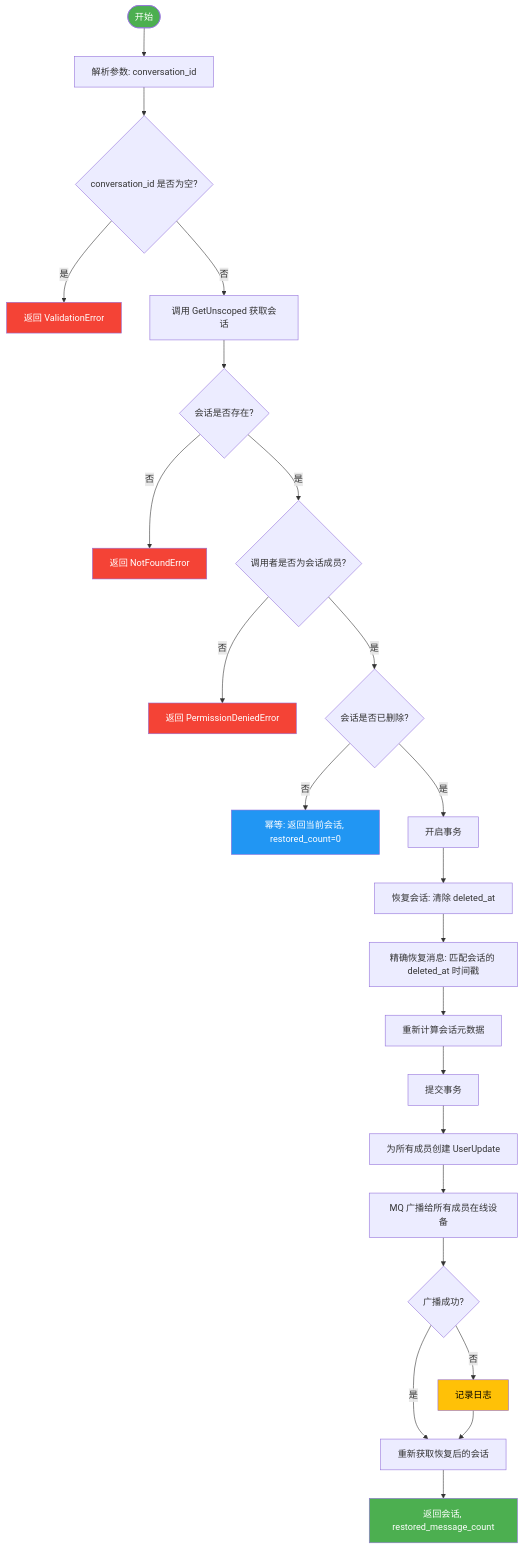
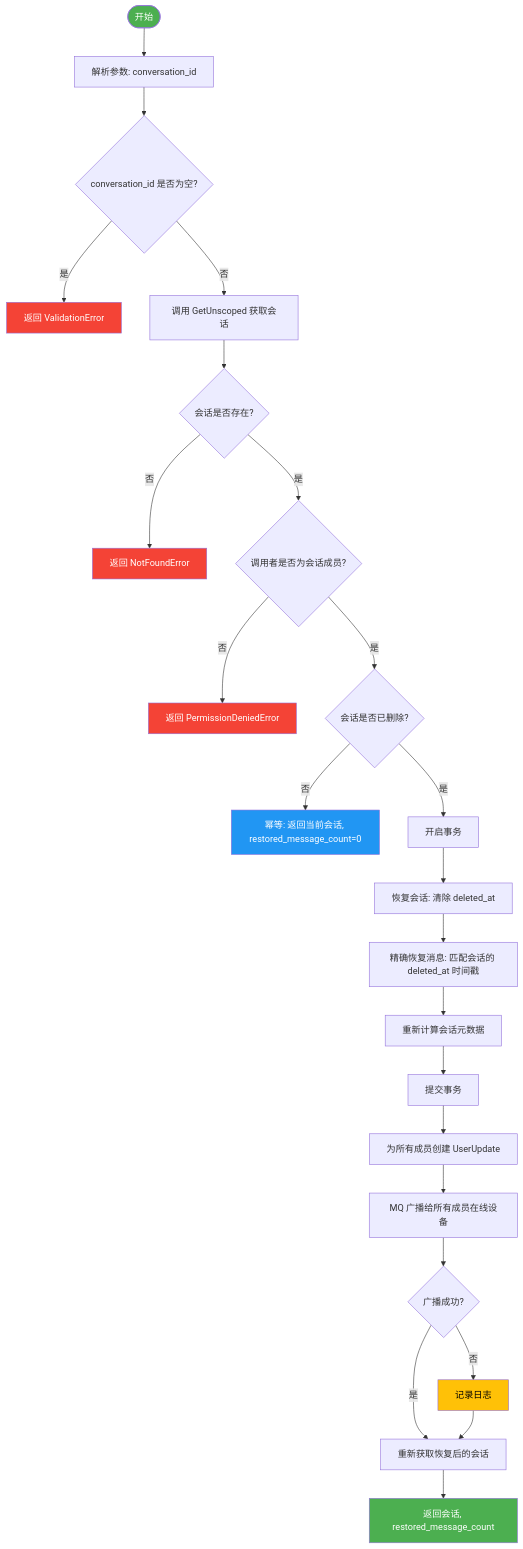
One commit to PineappleBond/xyncra-server changed the fifth of 5 diagrams in wiki/flows/conversation.md. Above: the diagram before and after it, drawn with Mermaid. The commit also changed other lines of this file and 21 other files, not shown here.

First line of the commit message:
docs(wiki): fix accuracy and completeness issues across all flow documents

````diff
--- a/wiki/flows/conversation.md
+++ b/wiki/flows/conversation.md
@@ -237,33 +240,33 @@
 ```mermaid
 flowchart TD
     A([开始]) --> B[解析参数: conversation_id]
     B --> C{conversation_id 是否为空?}
     C -- 是 --> C1[返回 ValidationError]
     C -- 否 --> D[调用 GetUnscoped 获取会话]
     D --> E{会话是否存在?}
     E -- 否 --> E1[返回 NotFoundError]
     E -- 是 --> F{调用者是否为会话成员?}
     F -- 否 --> F1[返回 PermissionDeniedError]
     F -- 是 --> G{会话是否已删除?}
-    G -- 否 --> G1[幂等: 返回当前会话, restored_count=0]
+    G -- 否 --> G1[幂等: 返回当前会话, restored_message_count=0]
     G -- 是 --> H[开启事务]
     H --> I[恢复会话: 清除 deleted_at]
     I --> J[精确恢复消息: 匹配会话的 deleted_at 时间戳]
     J --> K[重新计算会话元数据]
     K --> L[提交事务]
     L --> M[为所有成员创建 UserUpdate]
     M --> N[MQ 广播给所有成员在线设备]
     N --> O{广播成功?}
     O -- 否 --> O1[记录日志]
     O -- 是 --> P[重新获取恢复后的会话]
     O1 --> P
     P --> Q[返回会话, restored_message_count]
 
     style A fill:#4CAF50,color:#fff
     style C1 fill:#f44336,color:#fff
     style E1 fill:#f44336,color:#fff
     style F1 fill:#f44336,color:#fff
     style G1 fill:#2196F3,color:#fff
     style O1 fill:#FFC107,color:#000
     style Q fill:#4CAF50,color:#fff
 ```
````
